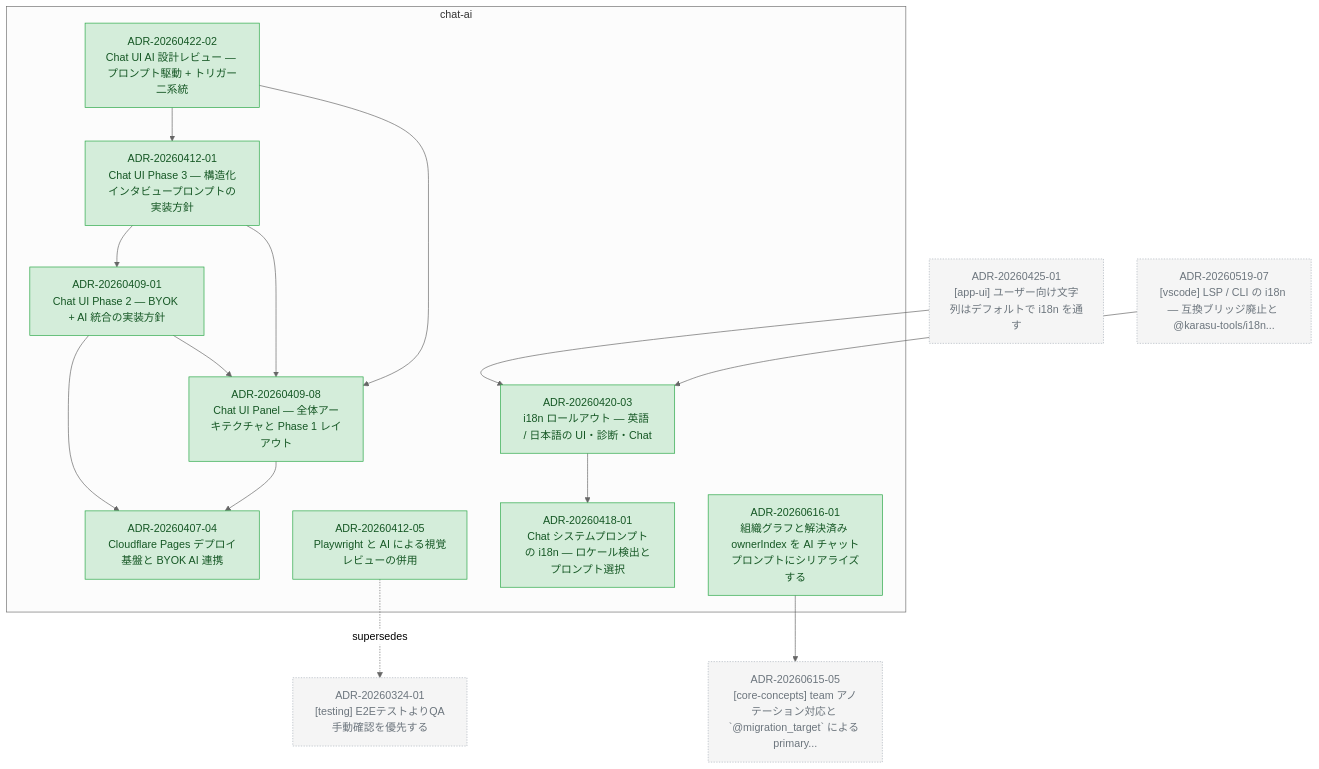
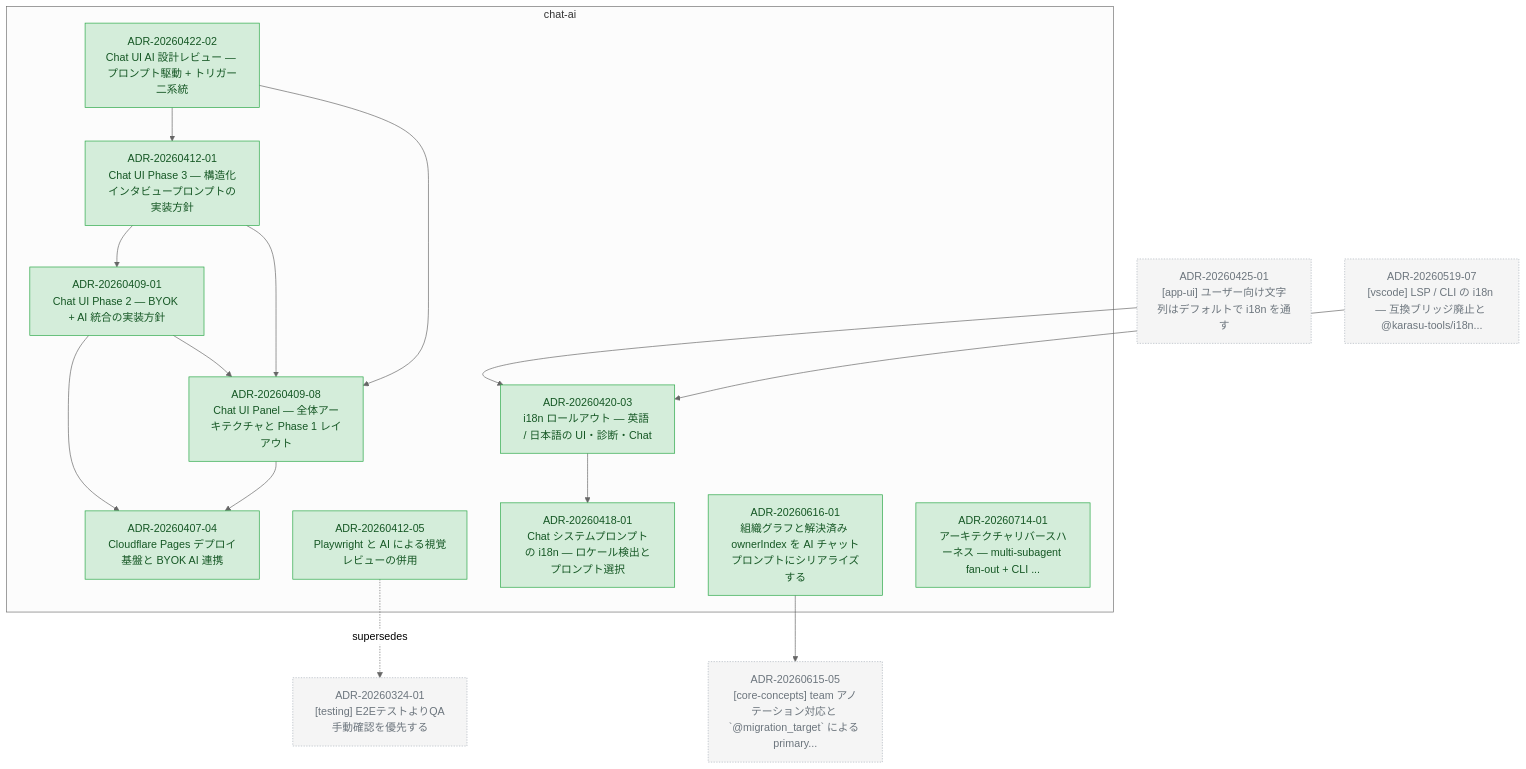
Before and after one commit to kompiro/karasu: the diagram in docs/adr/graph/chat-ai.md, drawn with Mermaid (neutral theme). The commit also changed other lines of this file and 7 other files, not shown here.

First line of the commit message:
docs(adr): promote reverse-architecture harness design to ADR (#1895)

````diff
--- a/docs/adr/graph/chat-ai.md
+++ b/docs/adr/graph/chat-ai.md
@@ -6,50 +6,52 @@
 ```mermaid
 flowchart TD
   subgraph chat-ai["chat-ai"]
     ADR_20260407_04["ADR-20260407-04<br/>Cloudflare Pages デプロイ基盤と BYOK AI 連携"]
     ADR_20260409_01["ADR-20260409-01<br/>Chat UI Phase 2 — BYOK + AI 統合の実装方針"]
     ADR_20260409_08["ADR-20260409-08<br/>Chat UI Panel — 全体アーキテクチャと Phase 1 レイアウト"]
     ADR_20260412_01["ADR-20260412-01<br/>Chat UI Phase 3 — 構造化インタビュープロンプトの実装方針"]
     ADR_20260412_05["ADR-20260412-05<br/>Playwright と AI による視覚レビューの併用"]
     ADR_20260418_01["ADR-20260418-01<br/>Chat システムプロンプトの i18n — ロケール検出とプロンプト選択"]
     ADR_20260420_03["ADR-20260420-03<br/>i18n ロールアウト — 英語 / 日本語の UI・診断・Chat"]
     ADR_20260422_02["ADR-20260422-02<br/>Chat UI AI 設計レビュー — プロンプト駆動 + トリガー二系統"]
     ADR_20260616_01["ADR-20260616-01<br/>組織グラフと解決済み ownerIndex を AI チャットプロンプトにシリアライズする"]
+    ADR_20260714_01["ADR-20260714-01<br/>アーキテクチャリバースハーネス — multi-subagent fan-out + CLI ..."]
   end
   ADR_20260324_01["ADR-20260324-01<br/>[testing] E2EテストよりQA手動確認を優先する"]
   ADR_20260425_01["ADR-20260425-01<br/>[app-ui] ユーザー向け文字列はデフォルトで i18n を通す"]
   ADR_20260519_07["ADR-20260519-07<br/>[vscode] LSP / CLI の i18n — 互換ブリッジ廃止と @karasu-tools/i18n..."]
   ADR_20260615_05["ADR-20260615-05<br/>[core-concepts] team アノテーション対応と `@migration_target` による primary..."]
   ADR_20260409_01 --> ADR_20260409_08
   ADR_20260409_01 --> ADR_20260407_04
   ADR_20260409_08 --> ADR_20260407_04
   ADR_20260412_01 --> ADR_20260409_01
   ADR_20260412_01 --> ADR_20260409_08
   ADR_20260420_03 --> ADR_20260418_01
   ADR_20260422_02 --> ADR_20260409_08
   ADR_20260422_02 --> ADR_20260412_01
   ADR_20260616_01 --> ADR_20260615_05
   ADR_20260425_01 --> ADR_20260420_03
   ADR_20260519_07 --> ADR_20260420_03
   ADR_20260412_05 -.supersedes.-> ADR_20260324_01
 
   classDef accepted fill:#d4edda,stroke:#28a745,color:#155724
   classDef proposed fill:#fff3cd,stroke:#ffc107,color:#856404
   classDef deprecated fill:#f8d7da,stroke:#dc3545,color:#721c24
   classDef superseded fill:#e2e3e5,stroke:#6c757d,color:#383d41
   classDef not_adopted fill:#e2e3e5,stroke:#6c757d,color:#383d41,stroke-dasharray:3 3
   classDef ghost fill:#f5f5f5,stroke:#adb5bd,color:#6c757d,stroke-dasharray:2 2
   class ADR_20260407_04 accepted
   class ADR_20260409_01 accepted
   class ADR_20260409_08 accepted
   class ADR_20260412_01 accepted
   class ADR_20260412_05 accepted
   class ADR_20260418_01 accepted
   class ADR_20260420_03 accepted
   class ADR_20260422_02 accepted
   class ADR_20260616_01 accepted
+  class ADR_20260714_01 accepted
   class ADR_20260324_01 ghost
   class ADR_20260425_01 ghost
   class ADR_20260519_07 ghost
   class ADR_20260615_05 ghost
 ```
````
